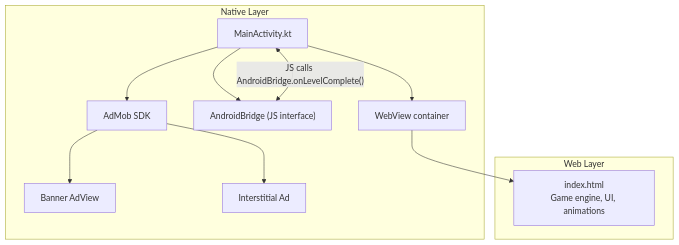
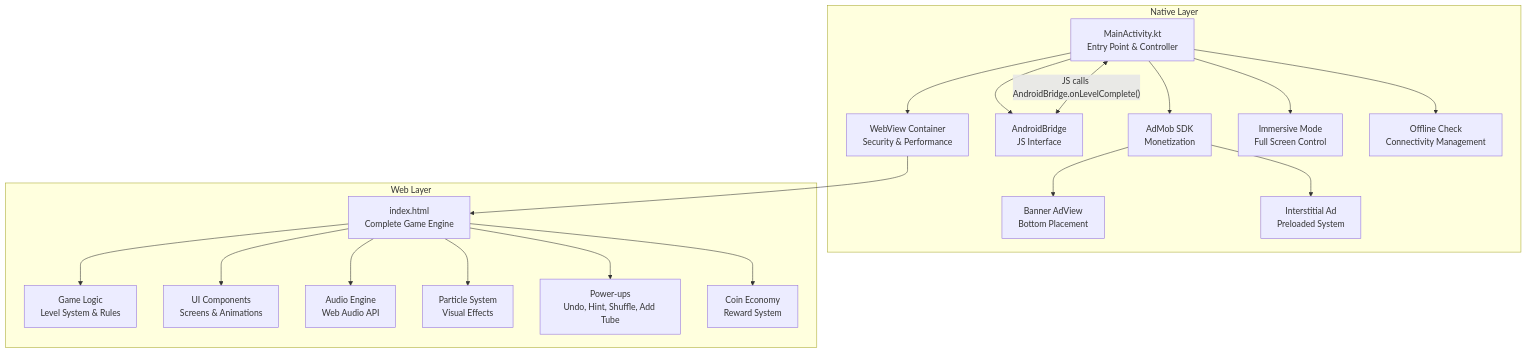
The second of 6 diagrams in .qoder/repowiki/en/content/Project Overview/Project Overview.md (chetanck03/games), drawn with Mermaid before and after one commit. The commit also changed other lines of this file and 6 other files, not shown here.

````diff
--- a/.qoder/repowiki/en/content/Project Overview/Project Overview.md
+++ b/.qoder/repowiki/en/content/Project Overview/Project Overview.md
@@ -106,21 +135,37 @@
 ```mermaid
 graph TB
 subgraph "Native Layer"
-M["MainActivity.kt"]
-WV["WebView container"]
-BR["AndroidBridge (JS interface)"]
-AD["AdMob SDK"]
-BN["Banner AdView"]
-IN["Interstitial Ad"]
+M["MainActivity.kt<br/>Entry Point & Controller"]
+WV["WebView Container<br/>Security & Performance"]
+BR["AndroidBridge<br/>JS Interface"]
+AD["AdMob SDK<br/>Monetization"]
+BN["Banner AdView<br/>Bottom Placement"]
+IN["Interstitial Ad<br/>Preloaded System"]
+IM["Immersive Mode<br/>Full Screen Control"]
+OC["Offline Check<br/>Connectivity Management"]
 end
 subgraph "Web Layer"
-GH["index.html<br/>Game engine, UI, animations"]
+GH["index.html<br/>Complete Game Engine"]
+GE["Game Logic<br/>Level System & Rules"]
+UI["UI Components<br/>Screens & Animations"]
+AE["Audio Engine<br/>Web Audio API"]
+PE["Particle System<br/>Visual Effects"]
+PS["Power-ups<br/>Undo, Hint, Shuffle, Add Tube"]
+CE["Coin Economy<br/>Reward System"]
 end
 M --> WV
 WV --> GH
 M --> BR
 BR <-- "JS calls AndroidBridge.onLevelComplete()" --> M
 M --> AD
 AD --> BN
 AD --> IN
+M --> IM
+M --> OC
+GH --> GE
+GH --> UI
+GH --> AE
+GH --> PE
+GH --> PS
+GH --> CE
 ```
````
